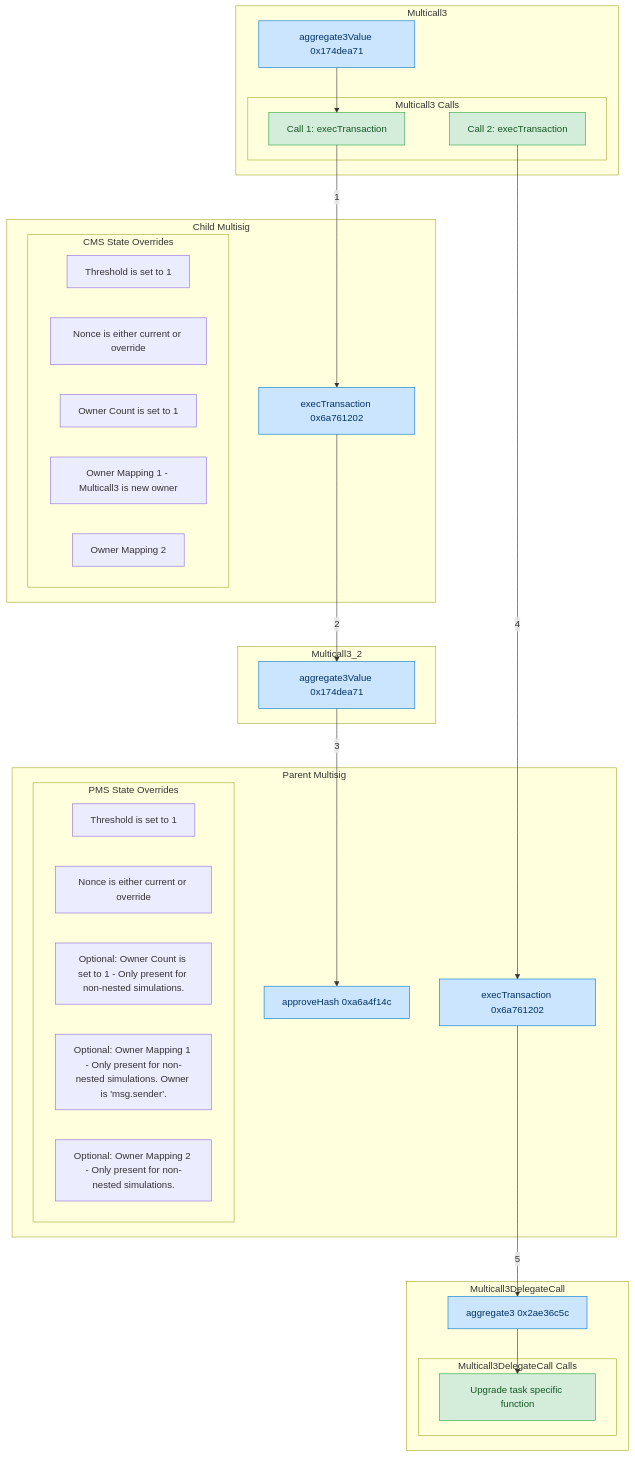
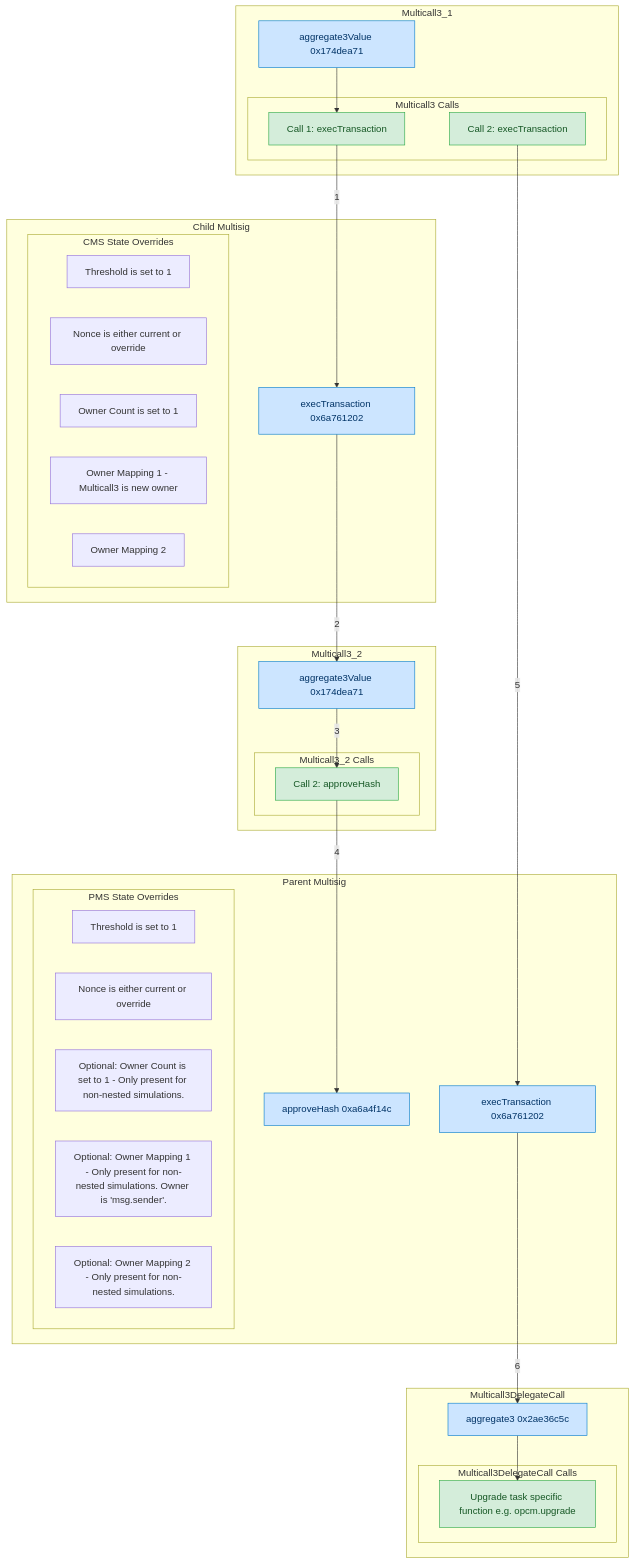
One commit to ethereum-optimism/superchain-ops changed the diagram in NESTED-VALIDATION.md. Above: the diagram before and after it, drawn with Mermaid. The commit also changed 1 other file, not shown here.

Commit message:
fix: state override fixes.

````diff
--- a/NESTED-VALIDATION.md
+++ b/NESTED-VALIDATION.md
@@ -125,67 +125,71 @@
 ```mermaid
 graph TD
-  subgraph Multicall3
+  subgraph Multicall3_1
     A1[aggregate3Value 0x174dea71]
     subgraph Multicall3 Calls
         A2[Call 1: execTransaction]
         A3[Call 2: execTransaction]
     end
   end
 
   subgraph Child Multisig
     B1[execTransaction 0x6a761202]
     subgraph CMS State Overrides
         B2[Threshold is set to 1]
         B3[Nonce is either current or override]
         B4[Owner Count is set to 1]
         B5[Owner Mapping 1 - Multicall3 is new owner]
         B6[Owner Mapping 2]
     end
   end
 
   subgraph Multicall3_2
     C1[aggregate3Value 0x174dea71]
+    subgraph Multicall3_2 Calls
+        C2[Call 2: approveHash]
+    end
   end
 
   subgraph Parent Multisig
     D1[approveHash 0xa6a4f14c]
     D2[execTransaction 0x6a761202]
     subgraph PMS State Overrides
         D3[Threshold is set to 1]
         D4[Nonce is either current or override]
         D5[Optional: Owner Count is set to 1 - Only present for non-nested simulations.]
         D6[Optional: Owner Mapping 1 - Only present for non-nested simulations. Owner is 'msg.sender'.]
         D7[Optional: Owner Mapping 2 - Only present for non-nested simulations.]
     end
   end
 
   subgraph Multicall3DelegateCall
     E1["aggregate3 0x2ae36c5c"]
-
     subgraph Multicall3DelegateCall Calls 
-      E2[Upgrade task specific function]
+      E2[Upgrade task specific function e.g. opcm.upgrade]
     end
   end
 
   A1 --> A2
   A2 -->|1| B1
   B1 -->|2| C1
-  C1 -->|3| D1
-  A3 -->|4| D2
-  D2 -->|5| E1
+  C1 -->|3| C2
+  C2 -->|4| D1
+  A3 -->|5| D2
+  D2 -->|6| E1
   E1 --> E2
 
 
   classDef blue fill:#cce5ff,stroke:#007acc,color:#003366;
   classDef green fill:#d4edda,stroke:#28a745,color:#155724;
 
   class A1 blue
   class A2 green
   class A3 green
   class B1 blue
   class C1 blue
   class D1 blue
   class D2 blue
   class E1 blue
   class E2 green
+  class C2 green
 ```
````
